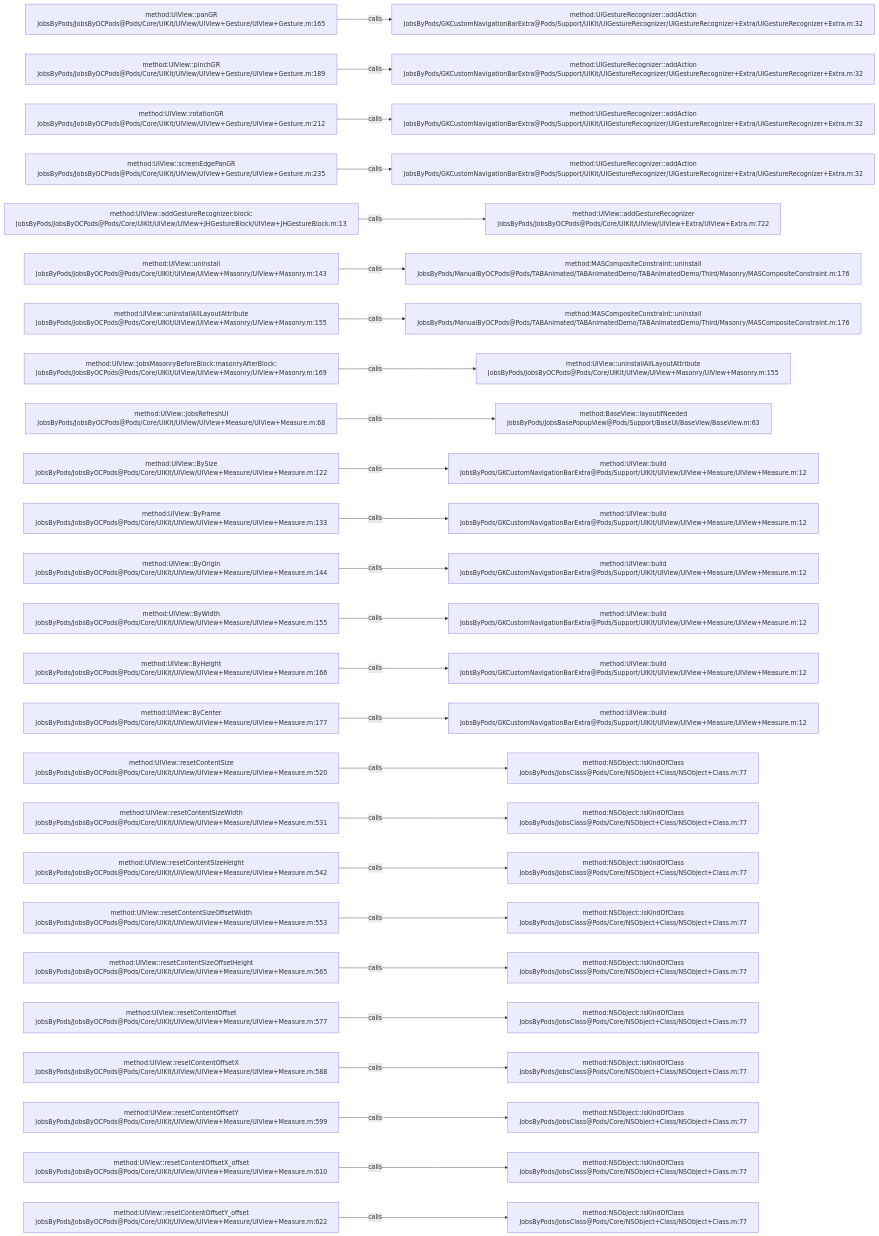
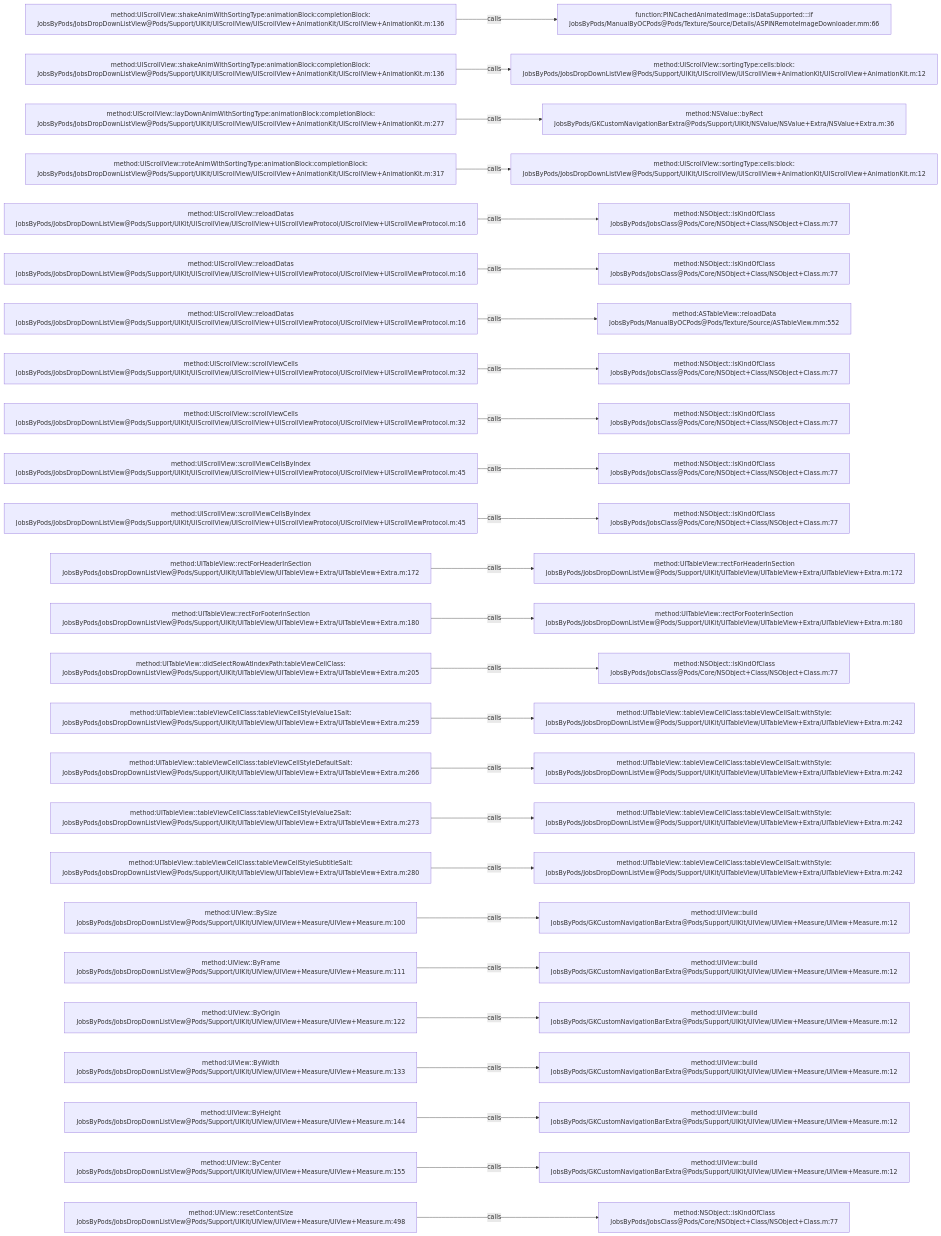
Before and after one commit to JobsKits/JobsOCBaseConfigDemo: the diagram in .codegraph/codegraph.md/graphs/calls-065.md, drawn with Mermaid. The commit also changed 573 other files, not shown here.

````diff
--- a/.codegraph/codegraph.md/graphs/calls-065.md
+++ b/.codegraph/codegraph.md/graphs/calls-065.md
@@ -13,78 +13,78 @@
 ```mermaid
 flowchart LR
-  S1["method:UIView::panGR<br/>JobsByPods/JobsByOCPods@Pods/Core/UIKit/UIView/UIView+Gesture/UIView+Gesture.m:165"]
-  T1["method:UIGestureRecognizer::addAction<br/>JobsByPods/GKCustomNavigationBarExtra@Pods/Support/UIKit/UIGestureRecognizer/UIGestureRecognizer+Extra/UIGestureRecognizer+Extra.m:32"]
+  S1["method:UIScrollView::shakeAnimWithSortingType:animationBlock:completionBlock:<br/>JobsByPods/JobsDropDownListView@Pods/Support/UIKit/UIScrollView/UIScrollView+AnimationKit/UIScrollView+AnimationKit.m:136"]
+  T1["function:PINCachedAnimatedImage::isDataSupported:::if<br/>JobsByPods/ManualByOCPods@Pods/Texture/Source/Details/ASPINRemoteImageDownloader.mm:66"]
   S1 -->|calls| T1
-  S2["method:UIView::pinchGR<br/>JobsByPods/JobsByOCPods@Pods/Core/UIKit/UIView/UIView+Gesture/UIView+Gesture.m:189"]
-  T2["method:UIGestureRecognizer::addAction<br/>JobsByPods/GKCustomNavigationBarExtra@Pods/Support/UIKit/UIGestureRecognizer/UIGestureRecognizer+Extra/UIGestureRecognizer+Extra.m:32"]
+  S2["method:UIScrollView::shakeAnimWithSortingType:animationBlock:completionBlock:<br/>JobsByPods/JobsDropDownListView@Pods/Support/UIKit/UIScrollView/UIScrollView+AnimationKit/UIScrollView+AnimationKit.m:136"]
+  T2["method:UIScrollView::sortingType:cells:block:<br/>JobsByPods/JobsDropDownListView@Pods/Support/UIKit/UIScrollView/UIScrollView+AnimationKit/UIScrollView+AnimationKit.m:12"]
   S2 -->|calls| T2
-  S3["method:UIView::rotationGR<br/>JobsByPods/JobsByOCPods@Pods/Core/UIKit/UIView/UIView+Gesture/UIView+Gesture.m:212"]
-  T3["method:UIGestureRecognizer::addAction<br/>JobsByPods/GKCustomNavigationBarExtra@Pods/Support/UIKit/UIGestureRecognizer/UIGestureRecognizer+Extra/UIGestureRecognizer+Extra.m:32"]
+  S3["method:UIScrollView::layDownAnimWithSortingType:animationBlock:completionBlock:<br/>JobsByPods/JobsDropDownListView@Pods/Support/UIKit/UIScrollView/UIScrollView+AnimationKit/UIScrollView+AnimationKit.m:277"]
+  T3["method:NSValue::byRect<br/>JobsByPods/GKCustomNavigationBarExtra@Pods/Support/UIKit/NSValue/NSValue+Extra/NSValue+Extra.m:36"]
   S3 -->|calls| T3
-  S4["method:UIView::screenEdgePanGR<br/>JobsByPods/JobsByOCPods@Pods/Core/UIKit/UIView/UIView+Gesture/UIView+Gesture.m:235"]
-  T4["method:UIGestureRecognizer::addAction<br/>JobsByPods/GKCustomNavigationBarExtra@Pods/Support/UIKit/UIGestureRecognizer/UIGestureRecognizer+Extra/UIGestureRecognizer+Extra.m:32"]
+  S4["method:UIScrollView::roteAnimWithSortingType:animationBlock:completionBlock:<br/>JobsByPods/JobsDropDownListView@Pods/Support/UIKit/UIScrollView/UIScrollView+AnimationKit/UIScrollView+AnimationKit.m:317"]
+  T4["method:UIScrollView::sortingType:cells:block:<br/>JobsByPods/JobsDropDownListView@Pods/Support/UIKit/UIScrollView/UIScrollView+AnimationKit/UIScrollView+AnimationKit.m:12"]
   S4 -->|calls| T4
-  S5["method:UIView::addGestureRecognizer:block:<br/>JobsByPods/JobsByOCPods@Pods/Core/UIKit/UIView/UIView+JHGestureBlock/UIView+JHGestureBlock.m:13"]
-  T5["method:UIView::addGestureRecognizer<br/>JobsByPods/JobsByOCPods@Pods/Core/UIKit/UIView/UIView+Extra/UIView+Extra.m:722"]
+  S5["method:UIScrollView::reloadDatas<br/>JobsByPods/JobsDropDownListView@Pods/Support/UIKit/UIScrollView/UIScrollView+UIScrollViewProtocol/UIScrollView+UIScrollViewProtocol.m:16"]
+  T5["method:NSObject::isKindOfClass<br/>JobsByPods/JobsClass@Pods/Core/NSObject+Class/NSObject+Class.m:77"]
   S5 -->|calls| T5
-  S6["method:UIView::uninstall<br/>JobsByPods/JobsByOCPods@Pods/Core/UIKit/UIView/UIView+Masonry/UIView+Masonry.m:143"]
-  T6["method:MASCompositeConstraint::uninstall<br/>JobsByPods/ManualByOCPods@Pods/TABAnimated/TABAnimatedDemo/TABAnimatedDemo/Third/Masonry/MASCompositeConstraint.m:176"]
+  S6["method:UIScrollView::reloadDatas<br/>JobsByPods/JobsDropDownListView@Pods/Support/UIKit/UIScrollView/UIScrollView+UIScrollViewProtocol/UIScrollView+UIScrollViewProtocol.m:16"]
+  T6["method:NSObject::isKindOfClass<br/>JobsByPods/JobsClass@Pods/Core/NSObject+Class/NSObject+Class.m:77"]
   S6 -->|calls| T6
-  S7["method:UIView::uninstallAllLayoutAttribute<br/>JobsByPods/JobsByOCPods@Pods/Core/UIKit/UIView/UIView+Masonry/UIView+Masonry.m:155"]
-  T7["method:MASCompositeConstraint::uninstall<br/>JobsByPods/ManualByOCPods@Pods/TABAnimated/TABAnimatedDemo/TABAnimatedDemo/Third/Masonry/MASCompositeConstraint.m:176"]
+  S7["method:UIScrollView::reloadDatas<br/>JobsByPods/JobsDropDownListView@Pods/Support/UIKit/UIScrollView/UIScrollView+UIScrollViewProtocol/UIScrollView+UIScrollViewProtocol.m:16"]
+  T7["method:ASTableView::reloadData<br/>JobsByPods/ManualByOCPods@Pods/Texture/Source/ASTableView.mm:552"]
   S7 -->|calls| T7
-  S8["method:UIView::jobsMasonryBeforeBlock:masonryAfterBlock:<br/>JobsByPods/JobsByOCPods@Pods/Core/UIKit/UIView/UIView+Masonry/UIView+Masonry.m:169"]
-  T8["method:UIView::uninstallAllLayoutAttribute<br/>JobsByPods/JobsByOCPods@Pods/Core/UIKit/UIView/UIView+Masonry/UIView+Masonry.m:155"]
+  S8["method:UIScrollView::scrollViewCells<br/>JobsByPods/JobsDropDownListView@Pods/Support/UIKit/UIScrollView/UIScrollView+UIScrollViewProtocol/UIScrollView+UIScrollViewProtocol.m:32"]
+  T8["method:NSObject::isKindOfClass<br/>JobsByPods/JobsClass@Pods/Core/NSObject+Class/NSObject+Class.m:77"]
   S8 -->|calls| T8
-  S9["method:UIView::jobsRefreshUI<br/>JobsByPods/JobsByOCPods@Pods/Core/UIKit/UIView/UIView+Measure/UIView+Measure.m:68"]
-  T9["method:BaseView::layoutIfNeeded<br/>JobsByPods/JobsBasePopupView@Pods/Support/BaseUI/BaseView/BaseView.m:63"]
+  S9["method:UIScrollView::scrollViewCells<br/>JobsByPods/JobsDropDownListView@Pods/Support/UIKit/UIScrollView/UIScrollView+UIScrollViewProtocol/UIScrollView+UIScrollViewProtocol.m:32"]
+  T9["method:NSObject::isKindOfClass<br/>JobsByPods/JobsClass@Pods/Core/NSObject+Class/NSObject+Class.m:77"]
   S9 -->|calls| T9
-  S10["method:UIView::BySize<br/>JobsByPods/JobsByOCPods@Pods/Core/UIKit/UIView/UIView+Measure/UIView+Measure.m:122"]
-  T10["method:UIView::build<br/>JobsByPods/GKCustomNavigationBarExtra@Pods/Support/UIKit/UIView/UIView+Measure/UIView+Measure.m:12"]
+  S10["method:UIScrollView::scrollViewCellsByIndex<br/>JobsByPods/JobsDropDownListView@Pods/Support/UIKit/UIScrollView/UIScrollView+UIScrollViewProtocol/UIScrollView+UIScrollViewProtocol.m:45"]
+  T10["method:NSObject::isKindOfClass<br/>JobsByPods/JobsClass@Pods/Core/NSObject+Class/NSObject+Class.m:77"]
   S10 -->|calls| T10
-  S11["method:UIView::ByFrame<br/>JobsByPods/JobsByOCPods@Pods/Core/UIKit/UIView/UIView+Measure/UIView+Measure.m:133"]
-  T11["method:UIView::build<br/>JobsByPods/GKCustomNavigationBarExtra@Pods/Support/UIKit/UIView/UIView+Measure/UIView+Measure.m:12"]
+  S11["method:UIScrollView::scrollViewCellsByIndex<br/>JobsByPods/JobsDropDownListView@Pods/Support/UIKit/UIScrollView/UIScrollView+UIScrollViewProtocol/UIScrollView+UIScrollViewProtocol.m:45"]
+  T11["method:NSObject::isKindOfClass<br/>JobsByPods/JobsClass@Pods/Core/NSObject+Class/NSObject+Class.m:77"]
   S11 -->|calls| T11
-  S12["method:UIView::ByOrigin<br/>JobsByPods/JobsByOCPods@Pods/Core/UIKit/UIView/UIView+Measure/UIView+Measure.m:144"]
-  T12["method:UIView::build<br/>JobsByPods/GKCustomNavigationBarExtra@Pods/Support/UIKit/UIView/UIView+Measure/UIView+Measure.m:12"]
+  S12["method:UITableView::rectForHeaderInSection<br/>JobsByPods/JobsDropDownListView@Pods/Support/UIKit/UITableView/UITableView+Extra/UITableView+Extra.m:172"]
+  T12["method:UITableView::rectForHeaderInSection<br/>JobsByPods/JobsDropDownListView@Pods/Support/UIKit/UITableView/UITableView+Extra/UITableView+Extra.m:172"]
   S12 -->|calls| T12
-  S13["method:UIView::ByWidth<br/>JobsByPods/JobsByOCPods@Pods/Core/UIKit/UIView/UIView+Measure/UIView+Measure.m:155"]
-  T13["method:UIView::build<br/>JobsByPods/GKCustomNavigationBarExtra@Pods/Support/UIKit/UIView/UIView+Measure/UIView+Measure.m:12"]
+  S13["method:UITableView::rectForFooterInSection<br/>JobsByPods/JobsDropDownListView@Pods/Support/UIKit/UITableView/UITableView+Extra/UITableView+Extra.m:180"]
+  T13["method:UITableView::rectForFooterInSection<br/>JobsByPods/JobsDropDownListView@Pods/Support/UIKit/UITableView/UITableView+Extra/UITableView+Extra.m:180"]
   S13 -->|calls| T13
-  S14["method:UIView::ByHeight<br/>JobsByPods/JobsByOCPods@Pods/Core/UIKit/UIView/UIView+Measure/UIView+Measure.m:166"]
-  T14["method:UIView::build<br/>JobsByPods/GKCustomNavigationBarExtra@Pods/Support/UIKit/UIView/UIView+Measure/UIView+Measure.m:12"]
+  S14["method:UITableView::didSelectRowAtIndexPath:tableViewCellClass:<br/>JobsByPods/JobsDropDownListView@Pods/Support/UIKit/UITableView/UITableView+Extra/UITableView+Extra.m:205"]
+  T14["method:NSObject::isKindOfClass<br/>JobsByPods/JobsClass@Pods/Core/NSObject+Class/NSObject+Class.m:77"]
   S14 -->|calls| T14
-  S15["method:UIView::ByCenter<br/>JobsByPods/JobsByOCPods@Pods/Core/UIKit/UIView/UIView+Measure/UIView+Measure.m:177"]
-  T15["method:UIView::build<br/>JobsByPods/GKCustomNavigationBarExtra@Pods/Support/UIKit/UIView/UIView+Measure/UIView+Measure.m:12"]
+  S15["method:UITableView::tableViewCellClass:tableViewCellStyleValue1Salt:<br/>JobsByPods/JobsDropDownListView@Pods/Support/UIKit/UITableView/UITableView+Extra/UITableView+Extra.m:259"]
+  T15["method:UITableView::tableViewCellClass:tableViewCellSalt:withStyle:<br/>JobsByPods/JobsDropDownListView@Pods/Support/UIKit/UITableView/UITableView+Extra/UITableView+Extra.m:242"]
   S15 -->|calls| T15
-  S16["method:UIView::resetContentSize<br/>JobsByPods/JobsByOCPods@Pods/Core/UIKit/UIView/UIView+Measure/UIView+Measure.m:520"]
-  T16["method:NSObject::isKindOfClass<br/>JobsByPods/JobsClass@Pods/Core/NSObject+Class/NSObject+Class.m:77"]
+  S16["method:UITableView::tableViewCellClass:tableViewCellStyleDefaultSalt:<br/>JobsByPods/JobsDropDownListView@Pods/Support/UIKit/UITableView/UITableView+Extra/UITableView+Extra.m:266"]
+  T16["method:UITableView::tableViewCellClass:tableViewCellSalt:withStyle:<br/>JobsByPods/JobsDropDownListView@Pods/Support/UIKit/UITableView/UITableView+Extra/UITableView+Extra.m:242"]
   S16 -->|calls| T16
-  S17["method:UIView::resetContentSizeWidth<br/>JobsByPods/JobsByOCPods@Pods/Core/UIKit/UIView/UIView+Measure/UIView+Measure.m:531"]
-  T17["method:NSObject::isKindOfClass<br/>JobsByPods/JobsClass@Pods/Core/NSObject+Class/NSObject+Class.m:77"]
+  S17["method:UITableView::tableViewCellClass:tableViewCellStyleValue2Salt:<br/>JobsByPods/JobsDropDownListView@Pods/Support/UIKit/UITableView/UITableView+Extra/UITableView+Extra.m:273"]
+  T17["method:UITableView::tableViewCellClass:tableViewCellSalt:withStyle:<br/>JobsByPods/JobsDropDownListView@Pods/Support/UIKit/UITableView/UITableView+Extra/UITableView+Extra.m:242"]
   S17 -->|calls| T17
-  S18["method:UIView::resetContentSizeHeight<br/>JobsByPods/JobsByOCPods@Pods/Core/UIKit/UIView/UIView+Measure/UIView+Measure.m:542"]
-  T18["method:NSObject::isKindOfClass<br/>JobsByPods/JobsClass@Pods/Core/NSObject+Class/NSObject+Class.m:77"]
+  S18["method:UITableView::tableViewCellClass:tableViewCellStyleSubtitleSalt:<br/>JobsByPods/JobsDropDownListView@Pods/Support/UIKit/UITableView/UITableView+Extra/UITableView+Extra.m:280"]
+  T18["method:UITableView::tableViewCellClass:tableViewCellSalt:withStyle:<br/>JobsByPods/JobsDropDownListView@Pods/Support/UIKit/UITableView/UITableView+Extra/UITableView+Extra.m:242"]
   S18 -->|calls| T18
-  S19["method:UIView::resetContentSizeOffsetWidth<br/>JobsByPods/JobsByOCPods@Pods/Core/UIKit/UIView/UIView+Measure/UIView+Measure.m:553"]
-  T19["method:NSObject::isKindOfClass<br/>JobsByPods/JobsClass@Pods/Core/NSObject+Class/NSObject+Class.m:77"]
+  S19["method:UIView::BySize<br/>JobsByPods/JobsDropDownListView@Pods/Support/UIKit/UIView/UIView+Measure/UIView+Measure.m:100"]
+  T19["method:UIView::build<br/>JobsByPods/GKCustomNavigationBarExtra@Pods/Support/UIKit/UIView/UIView+Measure/UIView+Measure.m:12"]
   S19 -->|calls| T19
-  S20["method:UIView::resetContentSizeOffsetHeight<br/>JobsByPods/JobsByOCPods@Pods/Core/UIKit/UIView/UIView+Measure/UIView+Measure.m:565"]
-  T20["method:NSObject::isKindOfClass<br/>JobsByPods/JobsClass@Pods/Core/NSObject+Class/NSObject+Class.m:77"]
+  S20["method:UIView::ByFrame<br/>JobsByPods/JobsDropDownListView@Pods/Support/UIKit/UIView/UIView+Measure/UIView+Measure.m:111"]
+  T20["method:UIView::build<br/>JobsByPods/GKCustomNavigationBarExtra@Pods/Support/UIKit/UIView/UIView+Measure/UIView+Measure.m:12"]
   S20 -->|calls| T20
-  S21["method:UIView::resetContentOffset<br/>JobsByPods/JobsByOCPods@Pods/Core/UIKit/UIView/UIView+Measure/UIView+Measure.m:577"]
-  T21["method:NSObject::isKindOfClass<br/>JobsByPods/JobsClass@Pods/Core/NSObject+Class/NSObject+Class.m:77"]
+  S21["method:UIView::ByOrigin<br/>JobsByPods/JobsDropDownListView@Pods/Support/UIKit/UIView/UIView+Measure/UIView+Measure.m:122"]
+  T21["method:UIView::build<br/>JobsByPods/GKCustomNavigationBarExtra@Pods/Support/UIKit/UIView/UIView+Measure/UIView+Measure.m:12"]
   S21 -->|calls| T21
-  S22["method:UIView::resetContentOffsetX<br/>JobsByPods/JobsByOCPods@Pods/Core/UIKit/UIView/UIView+Measure/UIView+Measure.m:588"]
-  T22["method:NSObject::isKindOfClass<br/>JobsByPods/JobsClass@Pods/Core/NSObject+Class/NSObject+Class.m:77"]
+  S22["method:UIView::ByWidth<br/>JobsByPods/JobsDropDownListView@Pods/Support/UIKit/UIView/UIView+Measure/UIView+Measure.m:133"]
+  T22["method:UIView::build<br/>JobsByPods/GKCustomNavigationBarExtra@Pods/Support/UIKit/UIView/UIView+Measure/UIView+Measure.m:12"]
   S22 -->|calls| T22
-  S23["method:UIView::resetContentOffsetY<br/>JobsByPods/JobsByOCPods@Pods/Core/UIKit/UIView/UIView+Measure/UIView+Measure.m:599"]
-  T23["method:NSObject::isKindOfClass<br/>JobsByPods/JobsClass@Pods/Core/NSObject+Class/NSObject+Class.m:77"]
+  S23["method:UIView::ByHeight<br/>JobsByPods/JobsDropDownListView@Pods/Support/UIKit/UIView/UIView+Measure/UIView+Measure.m:144"]
+  T23["method:UIView::build<br/>JobsByPods/GKCustomNavigationBarExtra@Pods/Support/UIKit/UIView/UIView+Measure/UIView+Measure.m:12"]
   S23 -->|calls| T23
-  S24["method:UIView::resetContentOffsetX_offset<br/>JobsByPods/JobsByOCPods@Pods/Core/UIKit/UIView/UIView+Measure/UIView+Measure.m:610"]
-  T24["method:NSObject::isKindOfClass<br/>JobsByPods/JobsClass@Pods/Core/NSObject+Class/NSObject+Class.m:77"]
+  S24["method:UIView::ByCenter<br/>JobsByPods/JobsDropDownListView@Pods/Support/UIKit/UIView/UIView+Measure/UIView+Measure.m:155"]
+  T24["method:UIView::build<br/>JobsByPods/GKCustomNavigationBarExtra@Pods/Support/UIKit/UIView/UIView+Measure/UIView+Measure.m:12"]
   S24 -->|calls| T24
-  S25["method:UIView::resetContentOffsetY_offset<br/>JobsByPods/JobsByOCPods@Pods/Core/UIKit/UIView/UIView+Measure/UIView+Measure.m:622"]
+  S25["method:UIView::resetContentSize<br/>JobsByPods/JobsDropDownListView@Pods/Support/UIKit/UIView/UIView+Measure/UIView+Measure.m:498"]
   T25["method:NSObject::isKindOfClass<br/>JobsByPods/JobsClass@Pods/Core/NSObject+Class/NSObject+Class.m:77"]
   S25 -->|calls| T25
 ```
````
